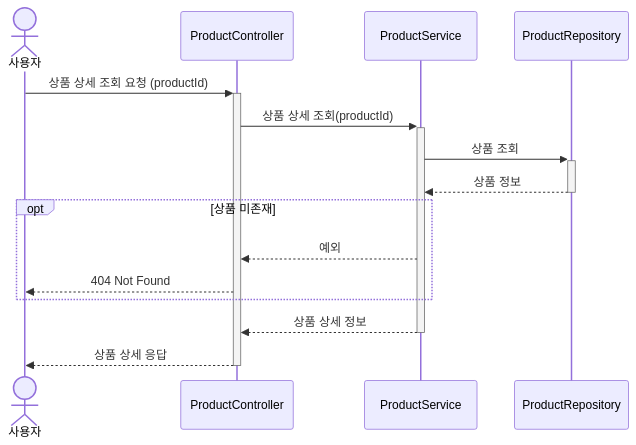
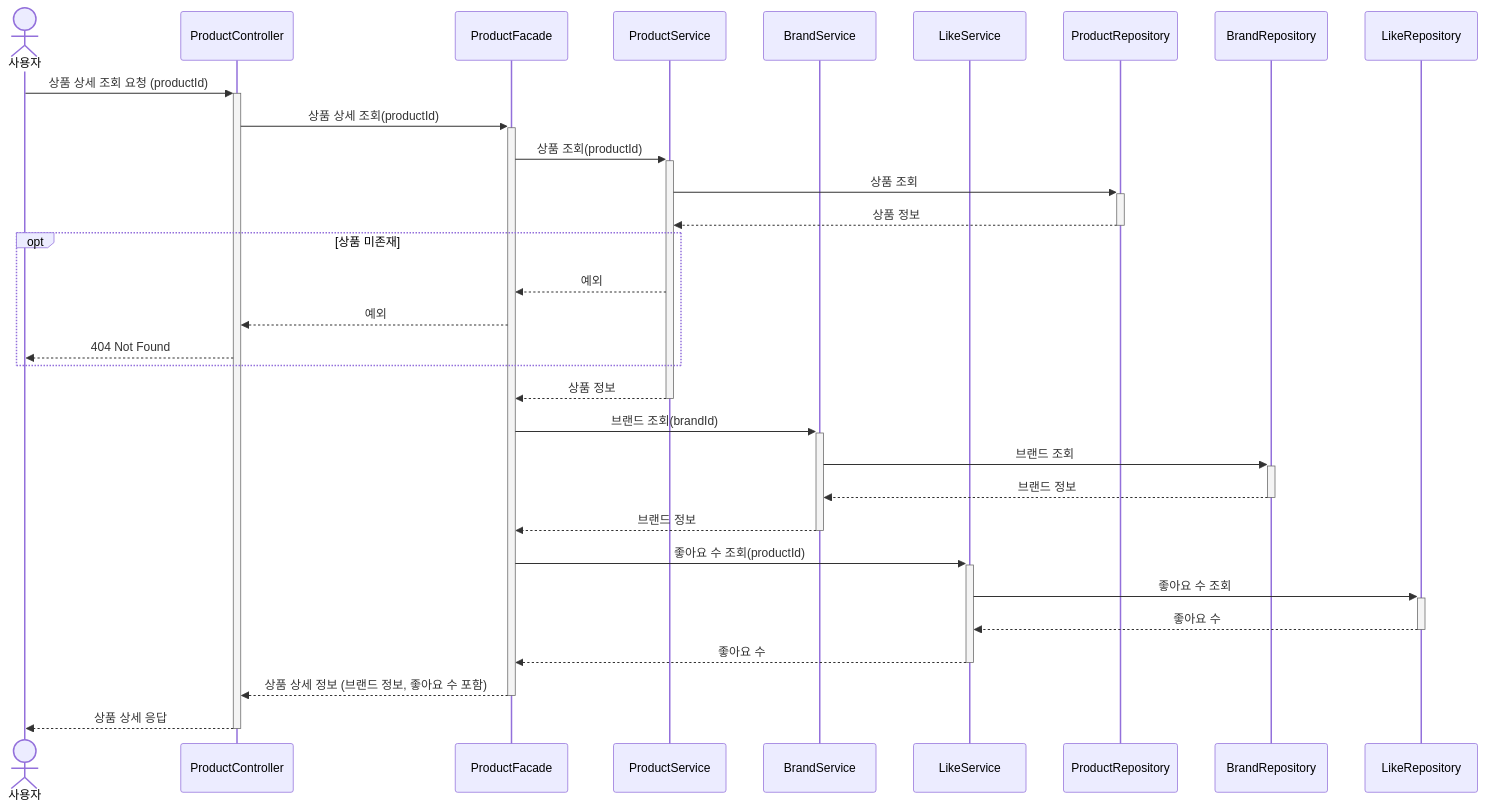
The ninth of 31 diagrams in docs/design/02-sequence-diagrams.md (kimjunyoung90/loop-pack-be-l2-vol3-java), drawn with Mermaid before and after one commit. The commit also changed other lines of this file and 22 other files, not shown here.

````diff
--- a/docs/design/02-sequence-diagrams.md
+++ b/docs/design/02-sequence-diagrams.md
@@ -293,20 +315,40 @@
 ```mermaid
 sequenceDiagram
     actor User as 사용자
     participant PC as ProductController
+    participant PF as ProductFacade
     participant PS as ProductService
+    participant BS as BrandService
+    participant LS as LikeService
     participant PR as ProductRepository
+    participant BR as BrandRepository
+    participant LR as LikeRepository
 
     User->>+PC: 상품 상세 조회 요청 (productId)
-    PC->>+PS: 상품 상세 조회(productId)
+    PC->>+PF: 상품 상세 조회(productId)
+
+    PF->>+PS: 상품 조회(productId)
     PS->>+PR: 상품 조회
     PR-->>-PS: 상품 정보
 
     opt 상품 미존재
-        PS-->>PC: 예외
+        PS-->>PF: 예외
+        PF-->>PC: 예외
         PC-->>User: 404 Not Found
     end
 
-    PS-->>-PC: 상품 상세 정보
+    PS-->>-PF: 상품 정보
+
+    PF->>+BS: 브랜드 조회(brandId)
+    BS->>+BR: 브랜드 조회
+    BR-->>-BS: 브랜드 정보
+    BS-->>-PF: 브랜드 정보
+
+    PF->>+LS: 좋아요 수 조회(productId)
+    LS->>+LR: 좋아요 수 조회
+    LR-->>-LS: 좋아요 수
+    LS-->>-PF: 좋아요 수
+
+    PF-->>-PC: 상품 상세 정보 (브랜드 정보, 좋아요 수 포함)
     PC-->>-User: 상품 상세 응답
 ```
````
